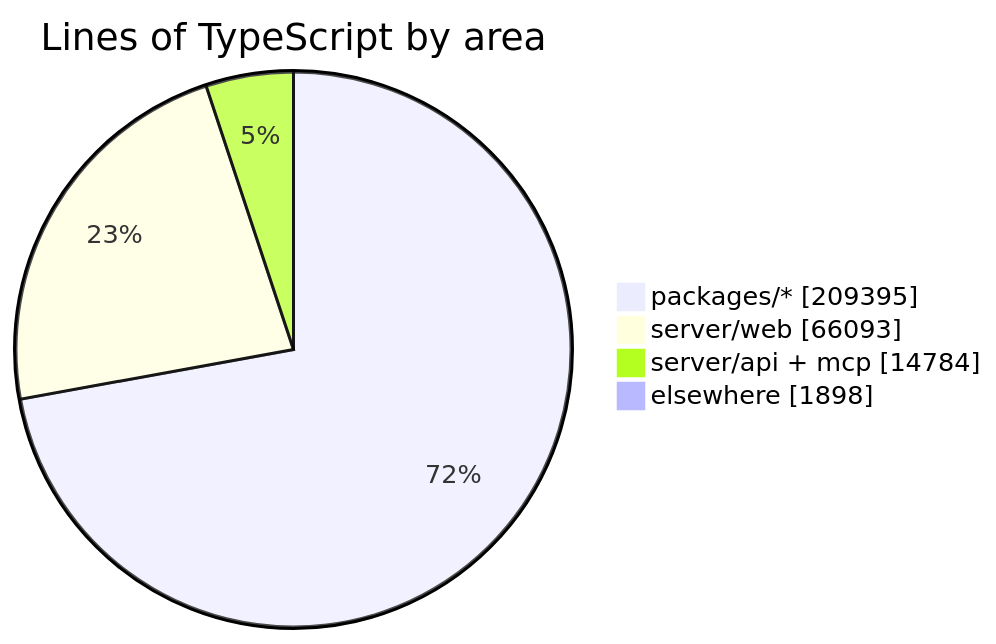
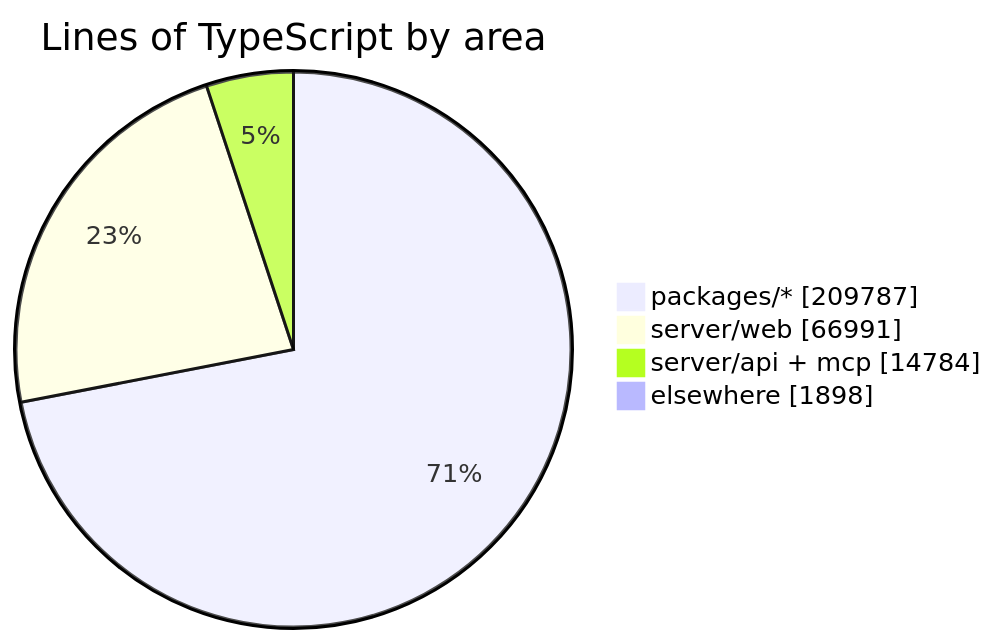
One commit to crossworks-engineering/mantle changed the diagram in README.md. Above: the diagram before and after it, drawn with Mermaid. The commit also changed other lines of this file and 2 other files, not shown here.

````diff
--- a/README.md
+++ b/README.md
@@ -287,7 +287,7 @@
 ```mermaid
 pie showData title Lines of TypeScript by area
-    "packages/*" : 209395
-    "server/web" : 66093
+    "packages/*" : 209787
+    "server/web" : 66991
     "server/api + mcp" : 14784
     "elsewhere" : 1898
 ```
````
